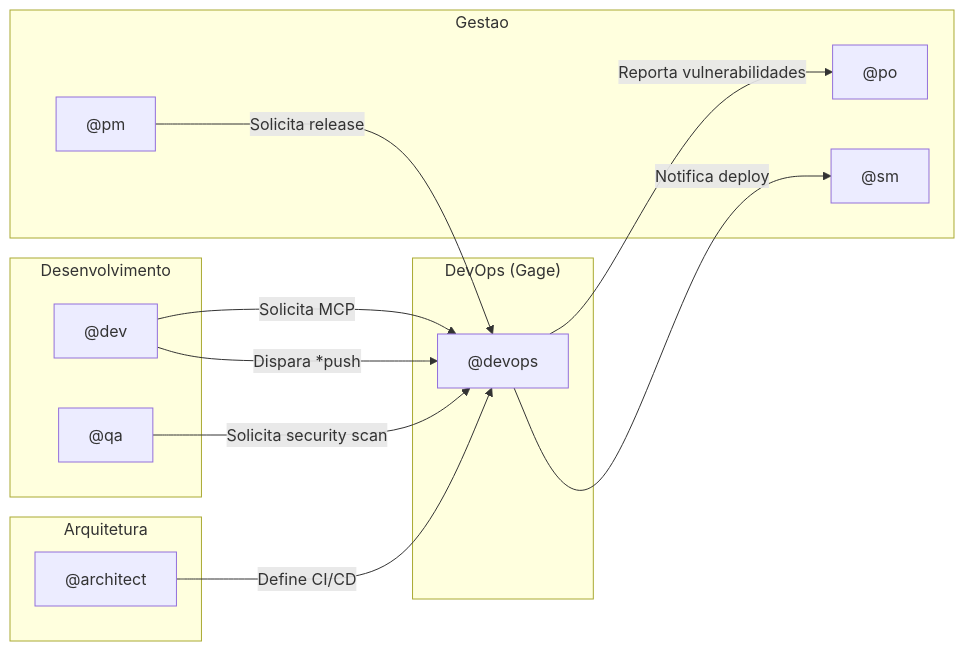
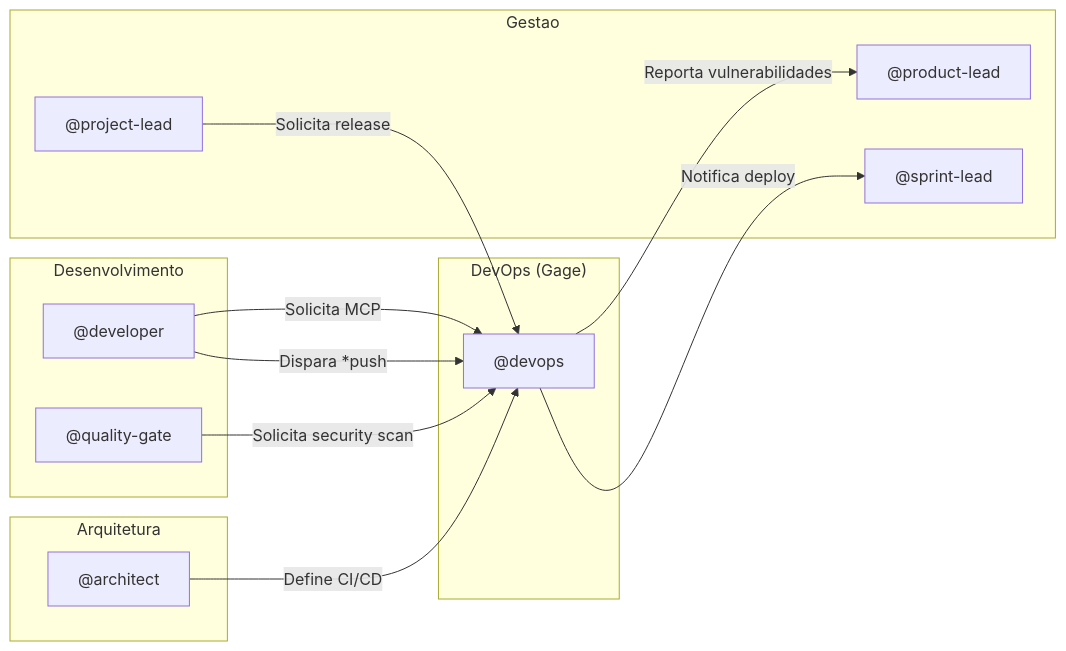
One commit to caioimori/sinapse-ai changed the seventh of 7 diagrams in docs/guides/agents/DEVOPS-SYSTEM.md. Above: the diagram before and after it, drawn with Mermaid. The commit also changed 873 other files, not shown here.

````diff
--- a/docs/guides/agents/DEVOPS-SYSTEM.md
+++ b/docs/guides/agents/DEVOPS-SYSTEM.md
@@ -312,29 +312,29 @@
 ```mermaid
 flowchart LR
     subgraph "DevOps (Gage)"
         DEVOPS["@devops"]
     end
 
     subgraph "Desenvolvimento"
-        DEV["@dev"]
-        QA["@qa"]
+        DEV["@developer"]
+        QA["@quality-gate"]
     end
 
     subgraph "Gestao"
-        PM["@pm"]
-        PO["@po"]
-        SM["@sm"]
+        PM["@project-lead"]
+        PO["@product-lead"]
+        SM["@sprint-lead"]
     end
 
     subgraph "Arquitetura"
         ARCH["@architect"]
     end
 
     DEV -->|"Solicita MCP"| DEVOPS
     DEV -->|"Dispara *push"| DEVOPS
     QA -->|"Solicita security scan"| DEVOPS
     PM -->|"Solicita release"| DEVOPS
     ARCH -->|"Define CI/CD"| DEVOPS
     DEVOPS -->|"Notifica deploy"| SM
     DEVOPS -->|"Reporta vulnerabilidades"| PO
 ```
````
